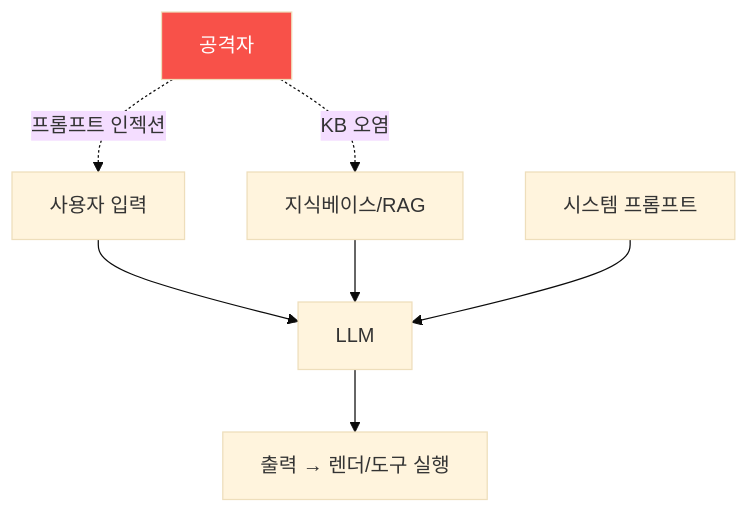
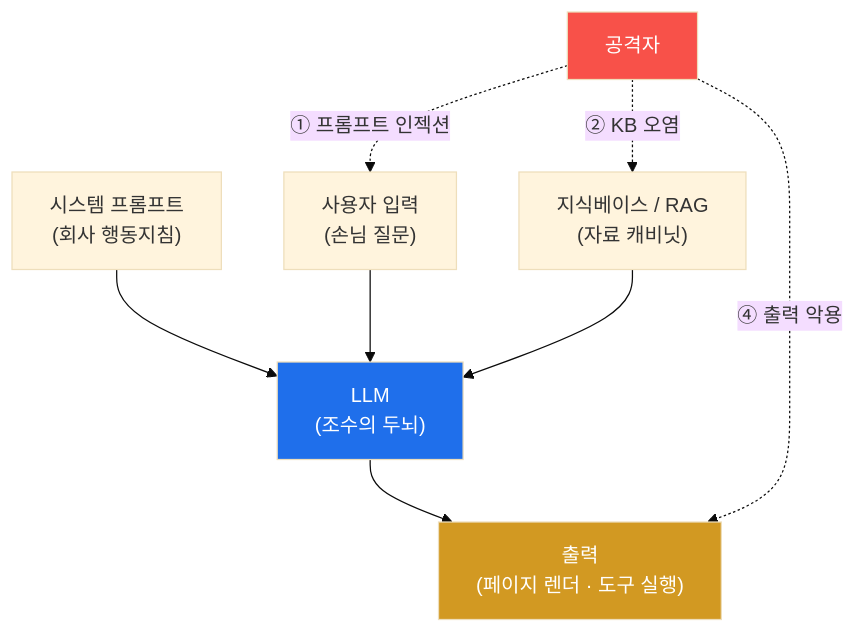
Before and after one commit to mrgrit/tw2: the first of 2 diagrams in contents/training/ai-service-pentest/lecture_week01.md, drawn with Mermaid (base theme). The commit also changed other lines of this file, not shown here.

````diff
--- a/contents/training/ai-service-pentest/lecture_week01.md
+++ b/contents/training/ai-service-pentest/lecture_week01.md
@@ -54,10 +68,13 @@
 ```mermaid
 graph TD
-    U["사용자 입력"] --> L["LLM"]
-    KB["지식베이스/RAG"] --> L
-    SP["시스템 프롬프트"] --> L
-    L --> O["출력 → 렌더/도구 실행"]
-    ATK["공격자"] -.프롬프트 인젝션.-> U
-    ATK -.KB 오염.-> KB
+    SP["시스템 프롬프트<br/>(회사 행동지침)"] --> L["LLM<br/>(조수의 두뇌)"]
+    U["사용자 입력<br/>(손님 질문)"] --> L
+    KB["지식베이스 / RAG<br/>(자료 캐비닛)"] --> L
+    L --> O["출력<br/>(페이지 렌더 · 도구 실행)"]
+    ATK["공격자"] -. "① 프롬프트 인젝션" .-> U
+    ATK -. "② KB 오염" .-> KB
+    ATK -. "④ 출력 악용" .-> O
+    style L fill:#1f6feb,color:#fff
     style ATK fill:#f85149,color:#fff
+    style O fill:#d29922,color:#fff
 ```
````
